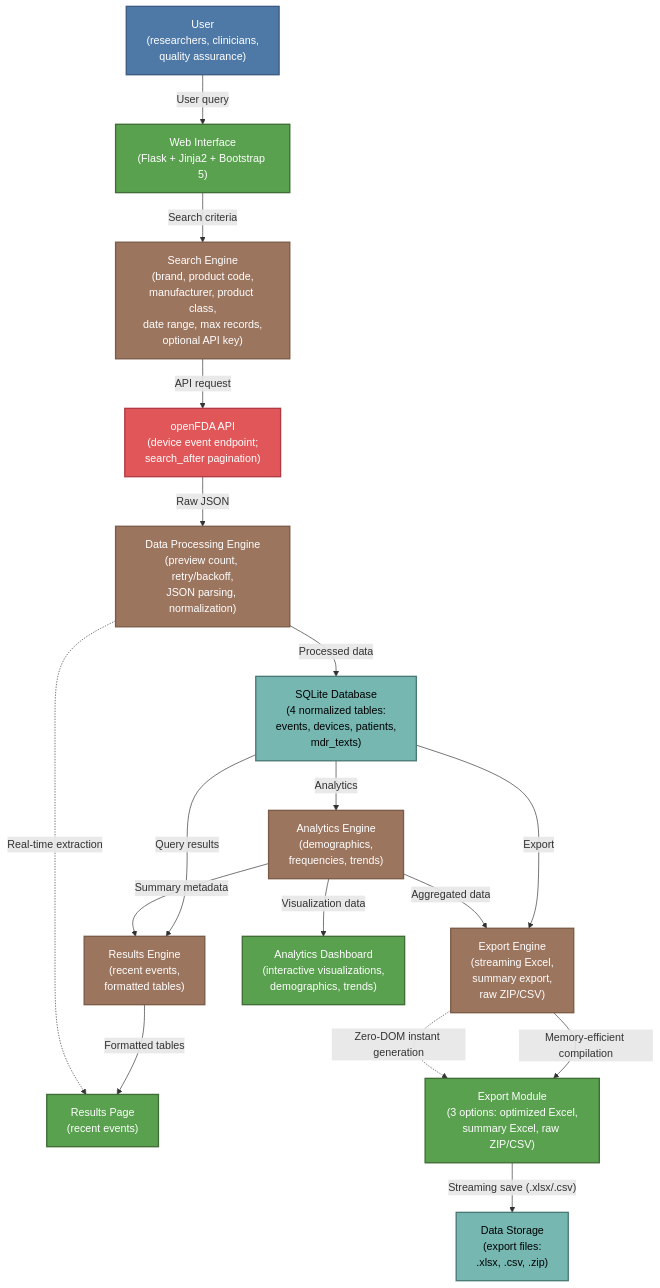
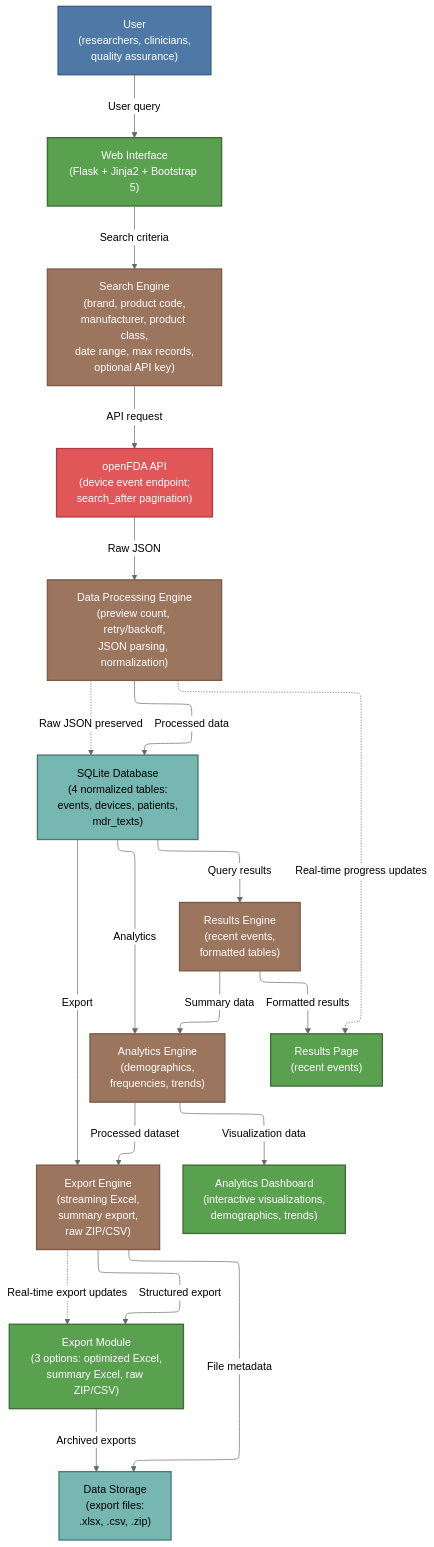
One commit to MohamedMaroufMD/MAUDEMetrics changed the diagram in MAUDEMetrics_Workflow.mmd. Above: the diagram before and after it, drawn with Mermaid.

Commit message:
Update workflow diagram

```diff
--- a/MAUDEMetrics_Workflow.mmd
+++ b/MAUDEMetrics_Workflow.mmd
@@ -1,43 +1,51 @@
+---
+config:
+  look: classic
+  theme: neutral
+  layout: elk
+---
 flowchart TD
     classDef user fill:#4e79a7,stroke:#3d5a80,stroke-width:2px,color:white
     classDef interface fill:#59a14f,stroke:#406c35,stroke-width:2px,color:white
     classDef engine fill:#9c755f,stroke:#7a5c48,stroke-width:2px,color:white
     classDef external fill:#e15759,stroke:#b03b46,stroke-width:2px,color:white
     classDef storage fill:#76b7b2,stroke:#4a7a75,stroke-width:2px,color:black
 
     User["User<br/>(researchers, clinicians,<br/>quality assurance)"]:::user
     WebInterface["Web Interface<br/>(Flask + Jinja2 + Bootstrap 5)"]:::interface
     SearchEngine["Search Engine<br/>(brand, product code,<br/>manufacturer, product class,<br/>date range, max records,<br/>optional API key)"]:::engine
     openFDA["openFDA API<br/>(device event endpoint;<br/>search_after pagination)"]:::external
     DataProcessing["Data Processing Engine<br/>(preview count, retry/backoff,<br/>JSON parsing, normalization)"]:::engine
     SQLite["SQLite Database<br/>(4 normalized tables:<br/>events, devices, patients,<br/>mdr_texts)"]:::storage
 
     ResultsEngine["Results Engine<br/>(recent events,<br/>formatted tables)"]:::engine
     AnalyticsEngine["Analytics Engine<br/>(demographics,<br/>frequencies, trends)"]:::engine
     ExportEngine["Export Engine<br/>(streaming Excel,<br/>summary export,<br/>raw ZIP/CSV)"]:::engine
 
     ResultsPage["Results Page<br/>(recent events)"]:::interface
     AnalyticsDashboard["Analytics Dashboard<br/>(interactive visualizations,<br/>demographics, trends)"]:::interface
     ExportModule["Export Module<br/>(3 options: optimized Excel,<br/>summary Excel, raw ZIP/CSV)"]:::interface
     DataStorage["Data Storage<br/>(export files:<br/>.xlsx, .csv, .zip)"]:::storage
 
     User -->|"User query"| WebInterface
     WebInterface -->|"Search criteria"| SearchEngine
     SearchEngine -->|"API request"| openFDA
     openFDA -->|"Raw JSON"| DataProcessing
     DataProcessing -->|"Processed data"| SQLite
 
     SQLite -->|"Query results"| ResultsEngine
     SQLite -->|"Analytics"| AnalyticsEngine
     SQLite -->|"Export"| ExportEngine
 
-    ResultsEngine -- "Formatted tables" --> ResultsPage
-    AnalyticsEngine -- "Summary metadata" --> ResultsEngine
-    AnalyticsEngine -- "Visualization data" --> AnalyticsDashboard
-    AnalyticsEngine -- "Aggregated data" --> ExportEngine
-    
-    ExportEngine -- "Memory-efficient compilation" --> ExportModule
-    ExportModule -- "Streaming save (.xlsx/.csv)" --> DataStorage
-    
-    DataProcessing -. "Real-time extraction" .-> ResultsPage
-    ExportEngine -. "Zero-DOM instant generation" .-> ExportModule
+    ResultsEngine -->|"Formatted results"| ResultsPage
+    ResultsEngine -->|"Summary data"| AnalyticsEngine
+    AnalyticsEngine -->|"Visualization data"| AnalyticsDashboard
+    AnalyticsEngine -->|"Processed dataset"| ExportEngine
+
+    ExportEngine -->|"Structured export"| ExportModule
+    ExportEngine -->|"File metadata"| DataStorage
+    ExportModule -->|"Archived exports"| DataStorage
+
+    DataProcessing -.->|"Real-time progress updates"| ResultsPage
+    DataProcessing -.->|"Raw JSON preserved"| SQLite
+    ExportEngine -.->|"Real-time export updates"| ExportModule
```
